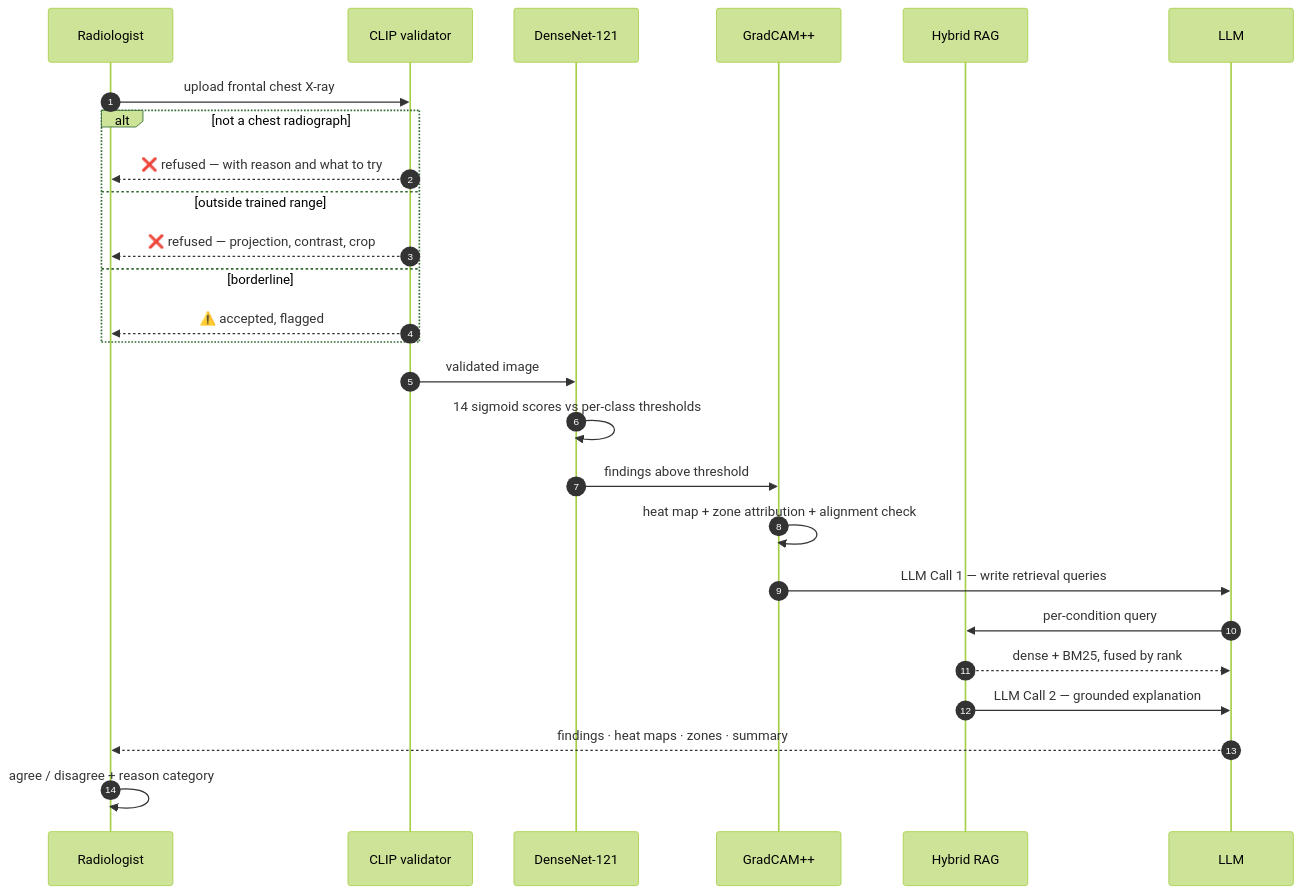
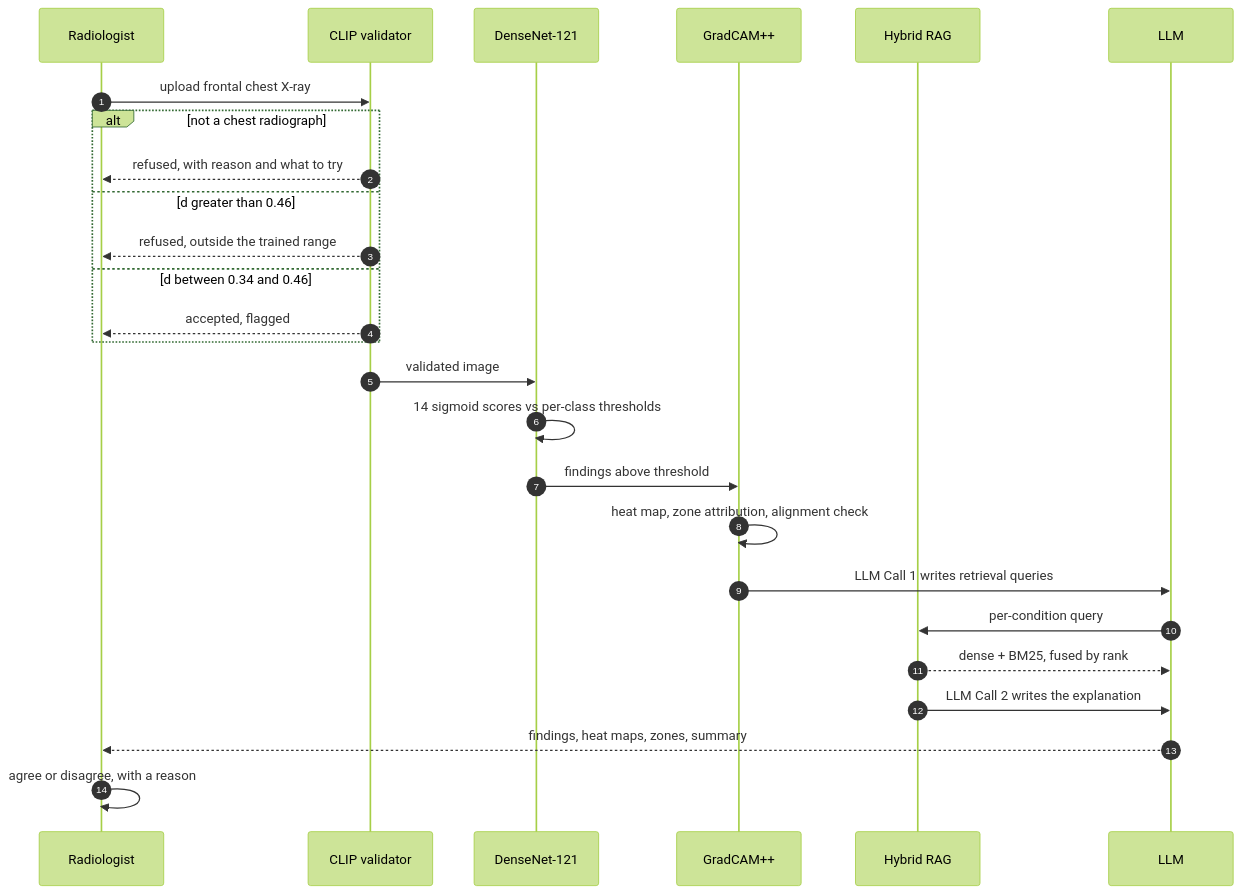
One commit to Nauviii/Thoragrid changed the second of 2 diagrams in README.md. Above: the diagram before and after it, drawn with Mermaid (forest theme). The commit also changed other lines of this file, not shown here.

````diff
--- a/README.md
+++ b/README.md
@@ -279,29 +431,29 @@
 ```mermaid
 sequenceDiagram
     autonumber
     participant R as Radiologist
     participant V as CLIP validator
     participant C as DenseNet-121
     participant G as GradCAM++
     participant K as Hybrid RAG
     participant L as LLM
 
     R->>V: upload frontal chest X-ray
     alt not a chest radiograph
-        V-->>R: ❌ refused — with reason and what to try
-    else outside trained range
-        V-->>R: ❌ refused — projection, contrast, crop
-    else borderline
-        V-->>R: ⚠️ accepted, flagged
+        V-->>R: refused, with reason and what to try
+    else d greater than 0.46
+        V-->>R: refused, outside the trained range
+    else d between 0.34 and 0.46
+        V-->>R: accepted, flagged
     end
     V->>C: validated image
     C->>C: 14 sigmoid scores vs per-class thresholds
     C->>G: findings above threshold
-    G->>G: heat map + zone attribution + alignment check
-    G->>L: LLM Call 1 — write retrieval queries
+    G->>G: heat map, zone attribution, alignment check
+    G->>L: LLM Call 1 writes retrieval queries
     L->>K: per-condition query
     K-->>L: dense + BM25, fused by rank
-    K->>L: LLM Call 2 — grounded explanation
-    L-->>R: findings · heat maps · zones · summary
-    R->>R: agree / disagree + reason category
+    K->>L: LLM Call 2 writes the explanation
+    L-->>R: findings, heat maps, zones, summary
+    R->>R: agree or disagree, with a reason
 ```
````
